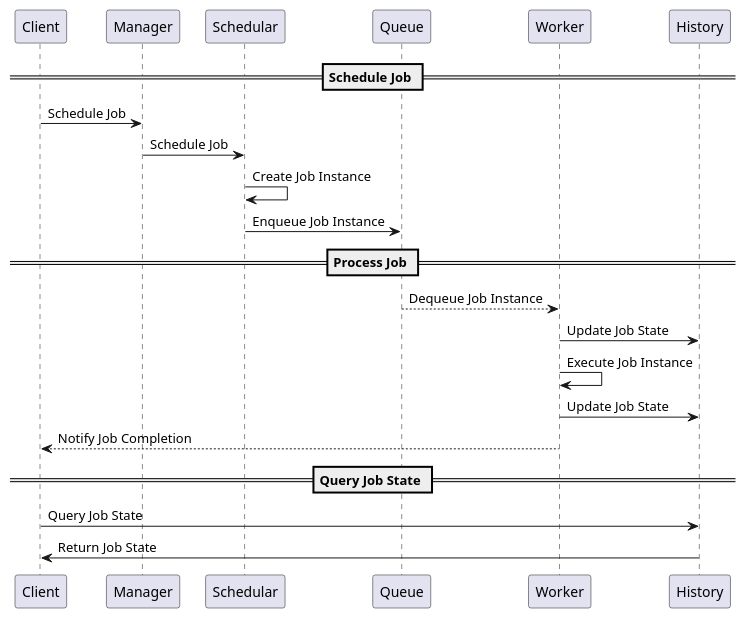
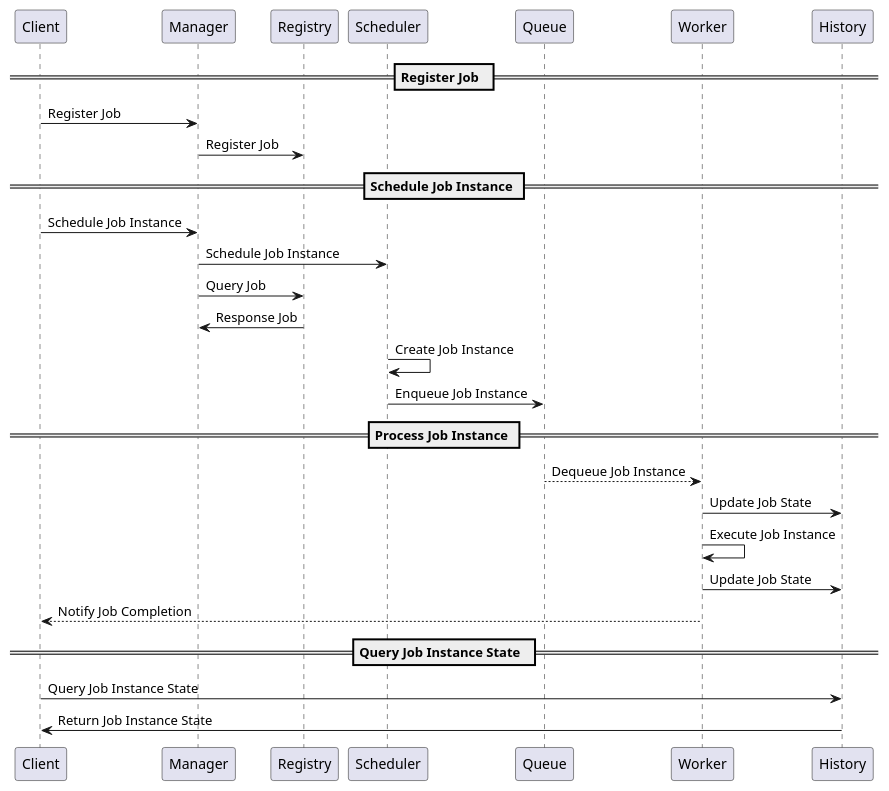
One commit to cybergarage/go-job changed the diagram in doc/img/job_seqdgm.pu. Above: the diagram before and after it, drawn with PlantUML. The commit also changed 1 other file, not shown here.

```diff
--- a/doc/img/job_seqdgm.pu
+++ b/doc/img/job_seqdgm.pu
@@ -1,23 +1,30 @@
 @startuml
 
-== Schedule Job ==
+== Register Job  ==
 
-Client -> Manager : Schedule Job
-Manager -> Schedular : Schedule Job
-Schedular -> Schedular : Create Job Instance
-Schedular -> Queue : Enqueue Job Instance
+Client -> Manager : Register Job
+Manager -> Registry : Register Job
 
-== Process Job ==
+== Schedule Job Instance ==
+
+Client -> Manager : Schedule Job Instance
+Manager -> Scheduler : Schedule Job Instance
+Manager -> Registry : Query Job
+Registry -> Manager : Response Job
+Scheduler -> Scheduler : Create Job Instance
+Scheduler -> Queue : Enqueue Job Instance
+
+== Process Job Instance ==
 
 Queue --> Worker : Dequeue Job Instance
 Worker -> History : Update Job State
 Worker -> Worker : Execute Job Instance
 Worker -> History : Update Job State
 Worker --> Client : Notify Job Completion
 
-== Query Job State ==
+== Query Job Instance State  ==
 
-Client -> History : Query Job State
-History -> Client : Return Job State
+Client -> History : Query Job Instance State
+History -> Client : Return Job Instance State
 
 @enduml
```
